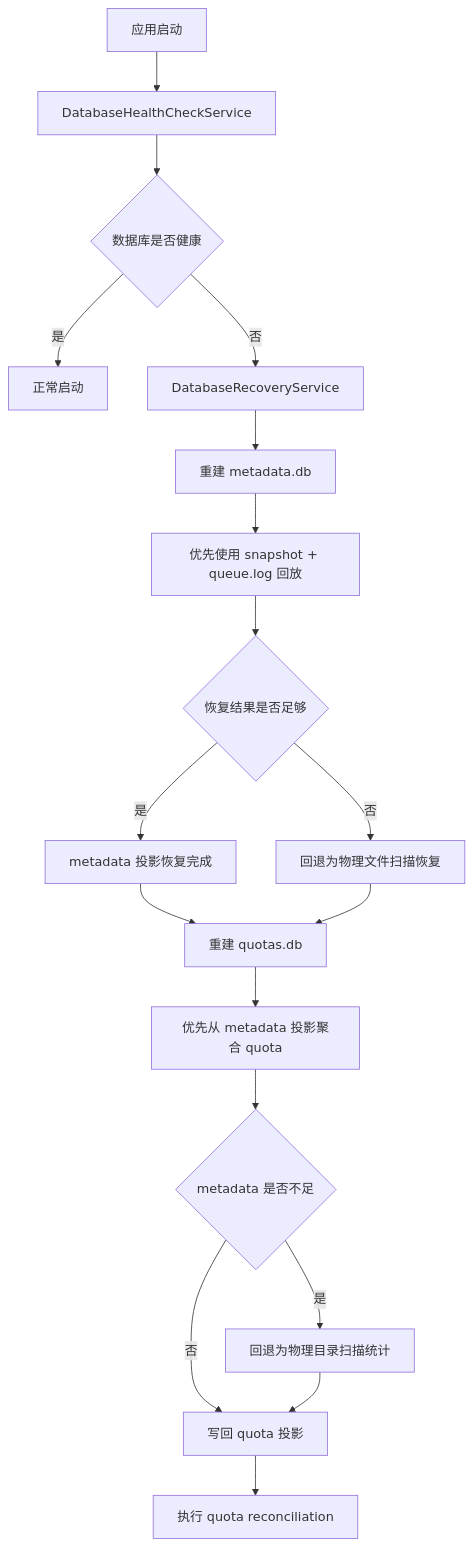
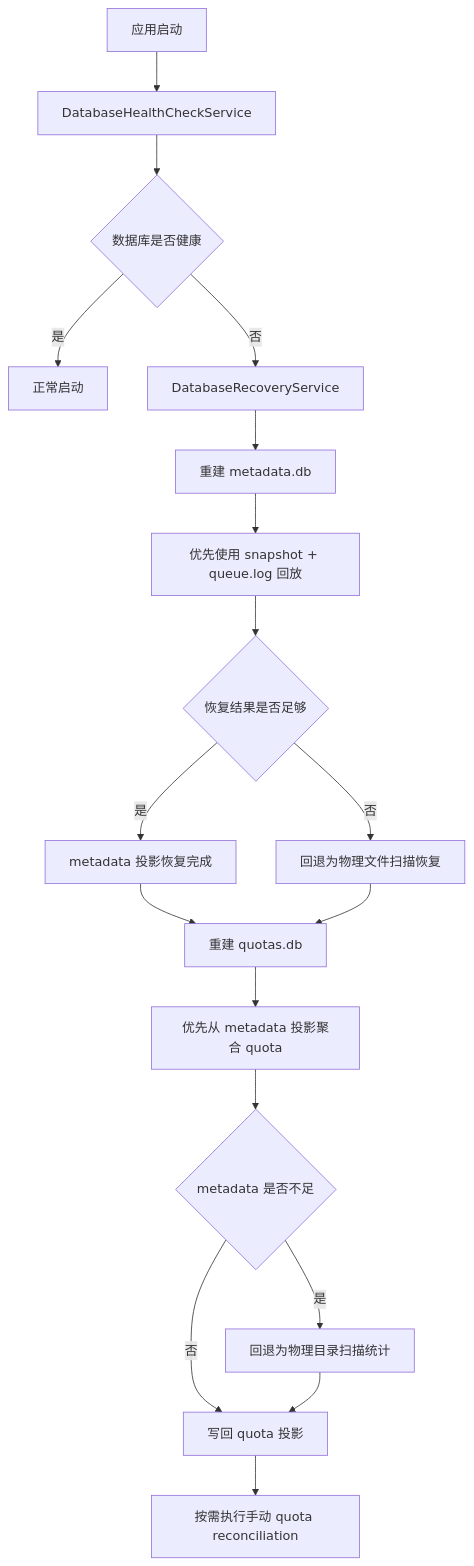
The second of 2 diagrams in docs/storage-lifecycle-overview.md (cocosip/Locus), drawn with Mermaid before and after one commit. The commit also changed other lines of this file and 8 other files, not shown here.

First line of the commit message:
♻️ refactor(storage)!: remove QuotaReconciliationService and related APIs

````diff
--- a/docs/storage-lifecycle-overview.md
+++ b/docs/storage-lifecycle-overview.md
@@ -429,24 +429,24 @@
 ```mermaid
 flowchart TD
     A["应用启动"] --> B["DatabaseHealthCheckService"]
     B --> C{"数据库是否健康"}
 
     C -->|"是"| D["正常启动"]
     C -->|"否"| E["DatabaseRecoveryService"]
 
     E --> F["重建 metadata.db"]
     F --> G["优先使用 snapshot + queue.log 回放"]
     G --> H{"恢复结果是否足够"}
     H -->|"是"| I["metadata 投影恢复完成"]
     H -->|"否"| J["回退为物理文件扫描恢复"]
 
     I --> K["重建 quotas.db"]
     J --> K
     K --> L["优先从 metadata 投影聚合 quota"]
     L --> M{"metadata 是否不足"}
     M -->|"是"| N["回退为物理目录扫描统计"]
     M -->|"否"| O["写回 quota 投影"]
 
     N --> O
-    O --> P["执行 quota reconciliation"]
+O --> P["按需执行手动 quota reconciliation"]
 ```
````
